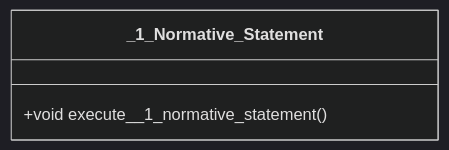
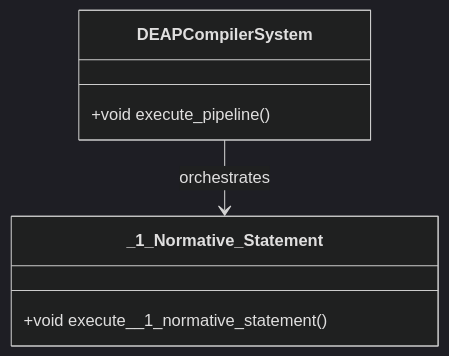
One commit to gintatkinson/dumpiler-01 changed the diagram in docs/features/FEAT-07-_1_Normative_Statement.md. Above: the diagram before and after it, drawn with Mermaid (dark theme). The commit also changed other lines of this file and 90 other files, not shown here.

````diff
--- a/docs/features/FEAT-07-_1_Normative_Statement.md
+++ b/docs/features/FEAT-07-_1_Normative_Statement.md
@@ -25,6 +25,10 @@
 ```mermaid
 classDiagram
+    class DEAPCompilerSystem {
+        +void execute_pipeline()
+    }
     class _1_Normative_Statement {
         +void execute__1_normative_statement()
     }
+    DEAPCompilerSystem --> _1_Normative_Statement : orchestrates
 ```
````
